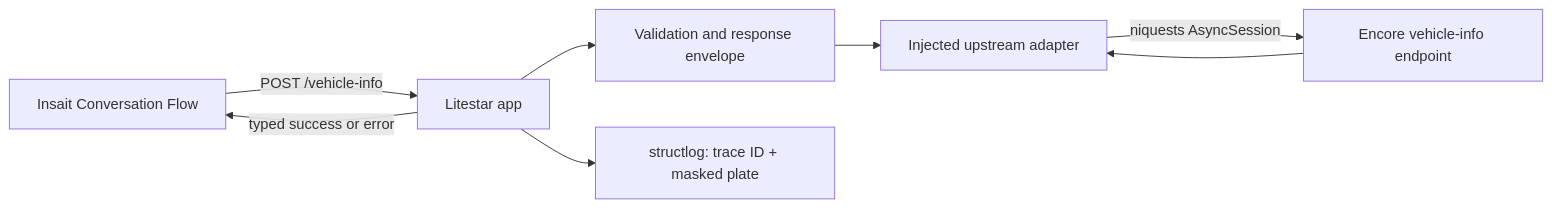
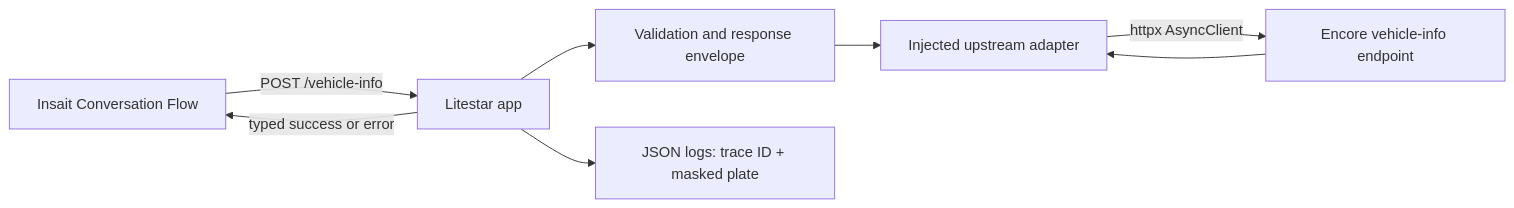
Before and after one commit to yanai-sh/onboarding-flow: the diagram in ARCHITECTURE.md, drawn with Mermaid. The commit also changed other lines of this file and 14 other files, not shown here.

First line of the commit message:
refactor(app): consolidate on httpx and stdlib JSON logging

````diff
--- a/ARCHITECTURE.md
+++ b/ARCHITECTURE.md
@@ -9,10 +9,10 @@
 ```mermaid
 graph LR
     A[Insait Conversation Flow] -->|POST /vehicle-info| B[Litestar app]
     B --> C[Validation and response envelope]
     C --> D[Injected upstream adapter]
-    D -->|niquests AsyncSession| E[Encore vehicle-info endpoint]
+    D -->|httpx AsyncClient| E[Encore vehicle-info endpoint]
     E --> D
-    B --> F[structlog: trace ID + masked plate]
+    B --> F[JSON logs: trace ID + masked plate]
     B -->|typed success or error| A
 ```
````
